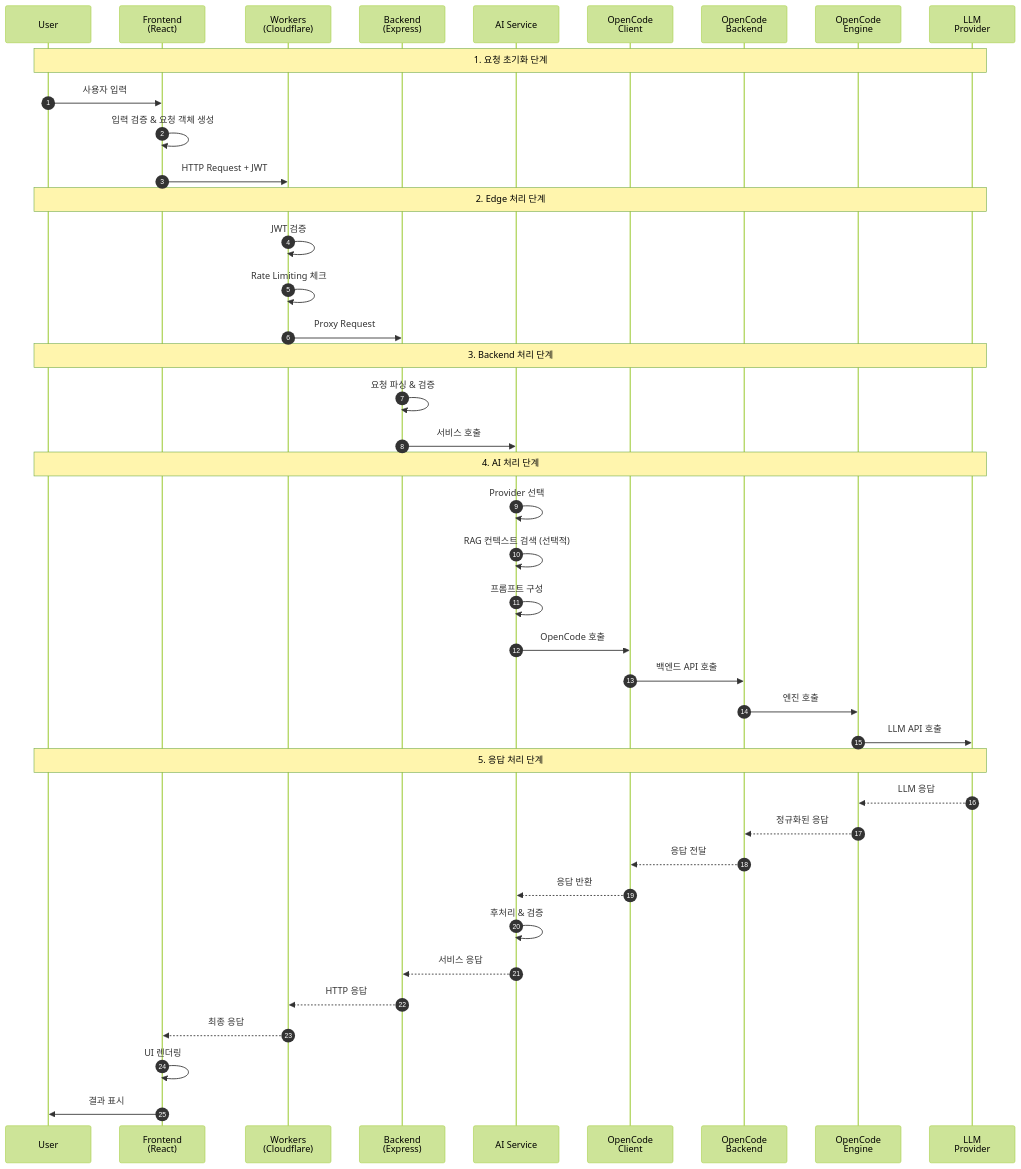
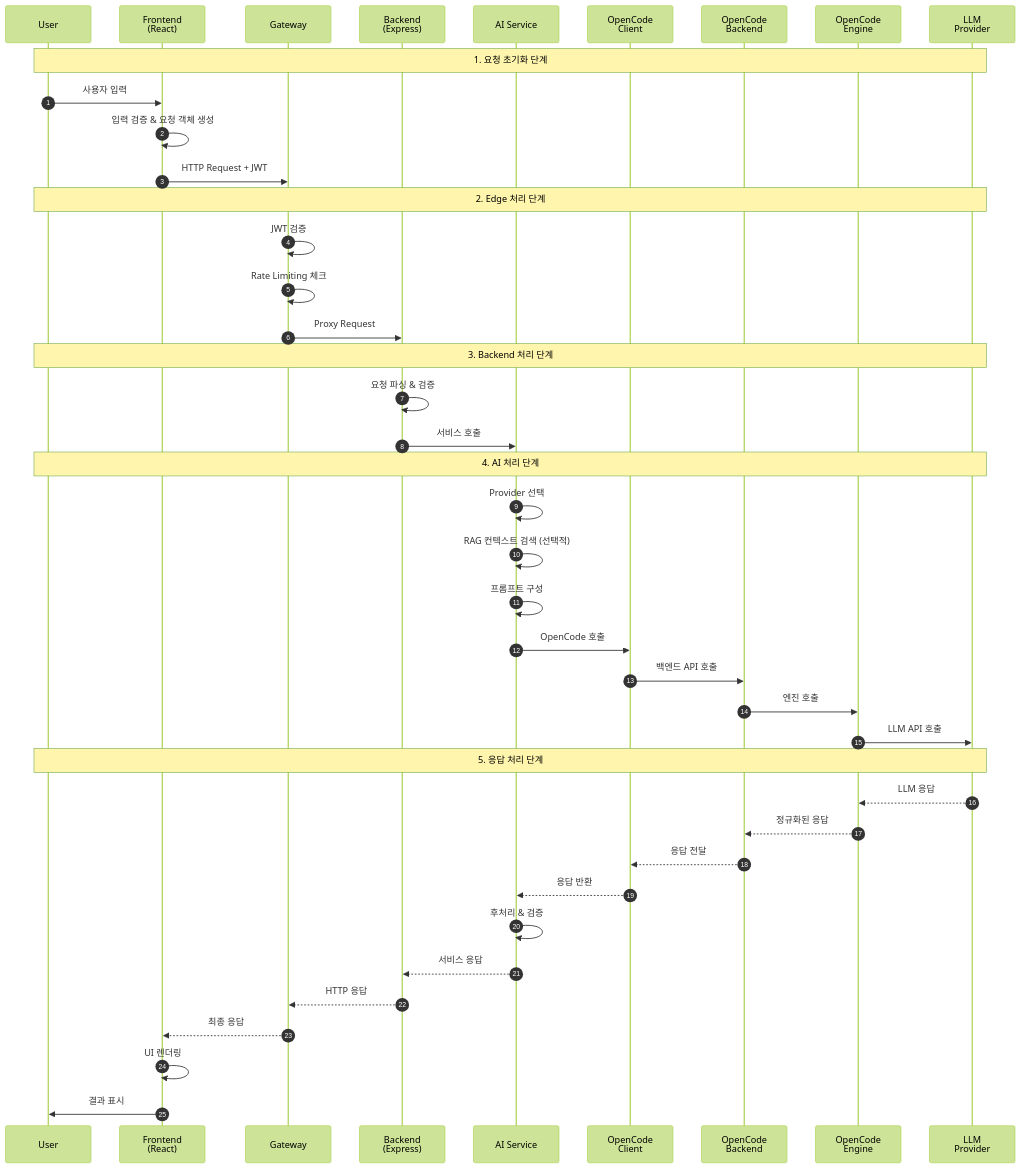
The diagram in docs/mermaid/07-complete-flow.mmd (choisimo/blog), drawn with Mermaid (forest theme) before and after one commit. The commit also changed 119 other files, not shown here.

```diff
--- a/docs/mermaid/07-complete-flow.mmd
+++ b/docs/mermaid/07-complete-flow.mmd
@@ -1,47 +1,47 @@
 sequenceDiagram
     autonumber
     
     participant U as User
     participant F as Frontend<br/>(React)
-    participant W as Workers<br/>(Cloudflare)
+    participant W as Gateway
     participant B as Backend<br/>(Express)
     participant S as AI Service
     participant O as OpenCode<br/>Client
     participant OB as OpenCode<br/>Backend
     participant OE as OpenCode<br/>Engine
     participant L as LLM<br/>Provider
 
     Note over U,L: 1. 요청 초기화 단계
     U->>F: 사용자 입력
     F->>F: 입력 검증 & 요청 객체 생성
     F->>W: HTTP Request + JWT
     
     Note over U,L: 2. Edge 처리 단계
     W->>W: JWT 검증
     W->>W: Rate Limiting 체크
     W->>B: Proxy Request
     
     Note over U,L: 3. Backend 처리 단계
     B->>B: 요청 파싱 & 검증
     B->>S: 서비스 호출
     
     Note over U,L: 4. AI 처리 단계
     S->>S: Provider 선택
     S->>S: RAG 컨텍스트 검색 (선택적)
     S->>S: 프롬프트 구성
     S->>O: OpenCode 호출
     O->>OB: 백엔드 API 호출
     OB->>OE: 엔진 호출
     OE->>L: LLM API 호출
     
     Note over U,L: 5. 응답 처리 단계
     L-->>OE: LLM 응답
     OE-->>OB: 정규화된 응답
     OB-->>O: 응답 전달
     O-->>S: 응답 반환
     S->>S: 후처리 & 검증
     S-->>B: 서비스 응답
     B-->>W: HTTP 응답
     W-->>F: 최종 응답
     F->>F: UI 렌더링
     F->>U: 결과 표시
```
